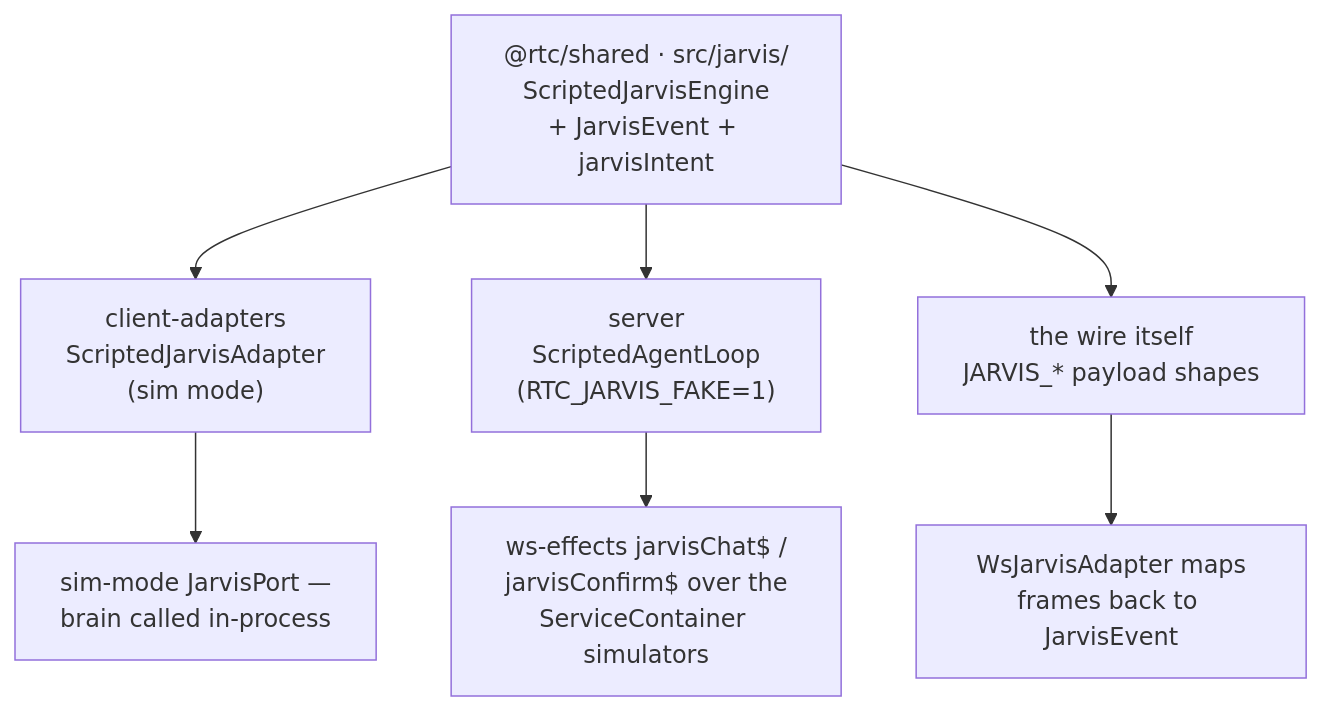
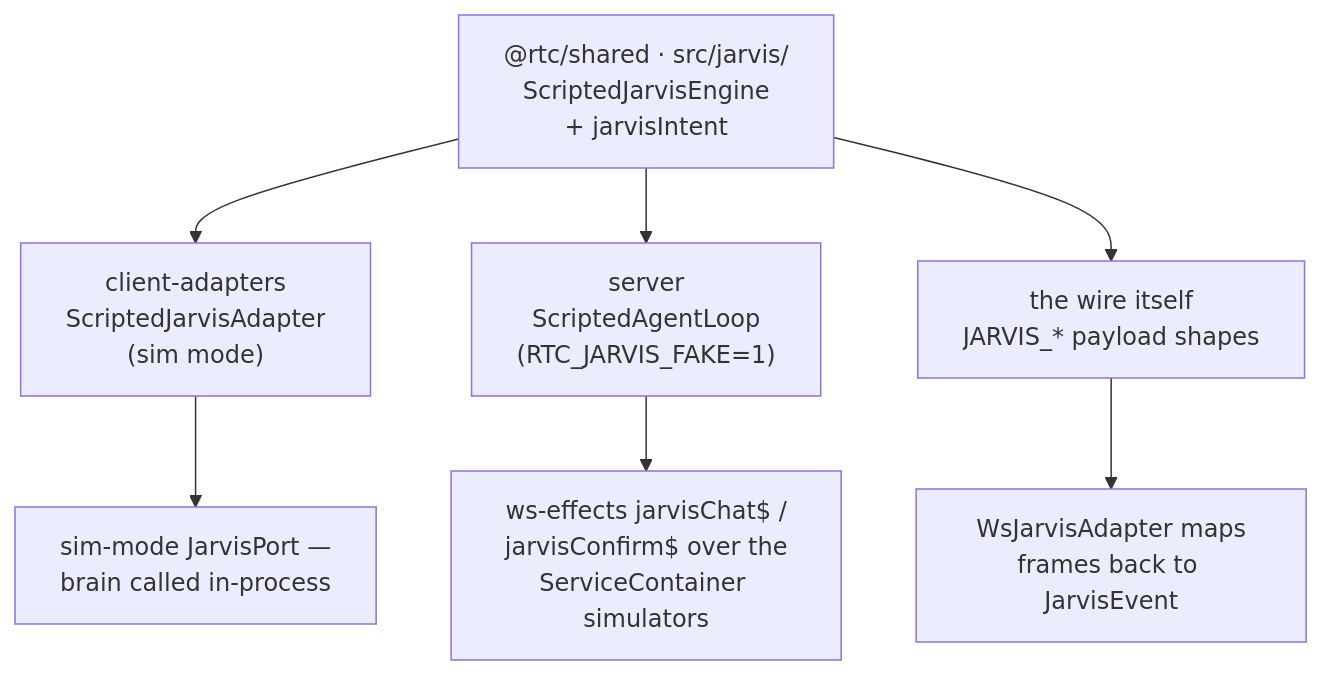
The eighth of 9 diagrams in docs/architecture/18-jarvis-ai-agent-surface.md (bettersoftware-io/ReactiveTraderCloudClone), drawn with Mermaid before and after one commit. The commit also changed other lines of this file and 161 other files, not shown here.

````diff
--- a/docs/architecture/18-jarvis-ai-agent-surface.md
+++ b/docs/architecture/18-jarvis-ai-agent-surface.md
@@ -491,16 +492,16 @@
 ```mermaid
 flowchart TD
-    ENG["@rtc/shared · src/jarvis/<br/>ScriptedJarvisEngine<br/>+ JarvisEvent + jarvisIntent"]
+    ENG["@rtc/shared · src/jarvis/<br/>ScriptedJarvisEngine<br/>+ jarvisIntent"]
 
     C1["client-adapters<br/>ScriptedJarvisAdapter<br/>(sim mode)"]
     C2["server<br/>ScriptedAgentLoop<br/>(RTC_JARVIS_FAKE=1)"]
     C3["the wire itself<br/>JARVIS_* payload shapes"]
 
     ENG --> C1
     ENG --> C2
     ENG --> C3
 
     C1 --> USE1["sim-mode JarvisPort —<br/>brain called in-process"]
     C2 --> USE2["ws-effects jarvisChat$ /<br/>jarvisConfirm$ over the<br/>ServiceContainer simulators"]
     C3 --> USE3["WsJarvisAdapter maps<br/>frames back to JarvisEvent"]
 ```
````
